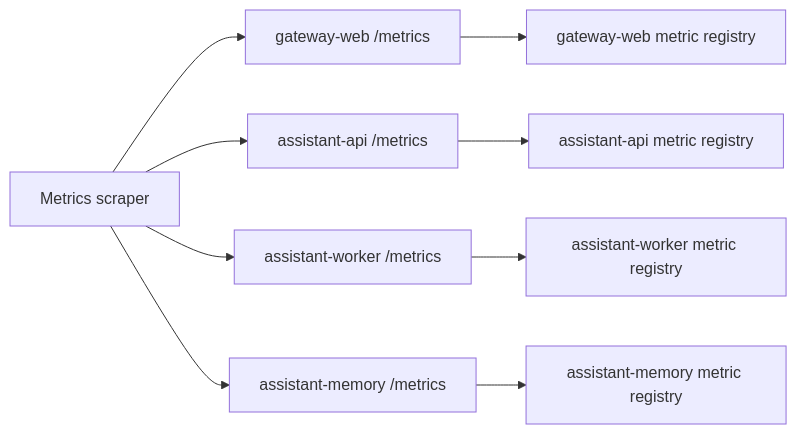
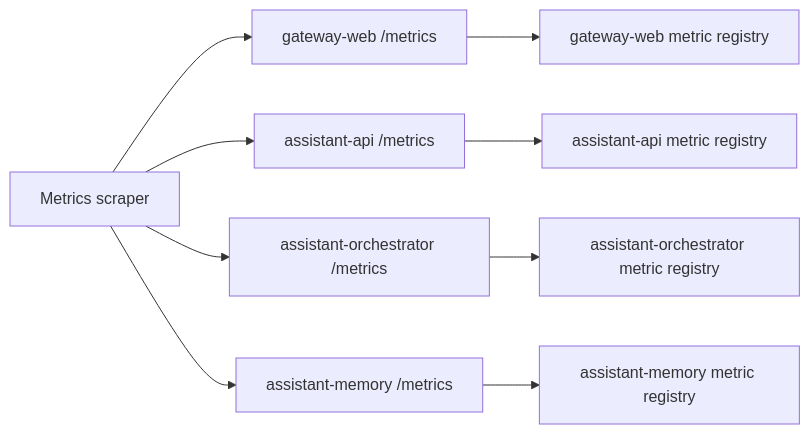
Before and after one commit to vinitu/my-concierge: the diagram in docs/operations/metrics.md, drawn with Mermaid. The commit also changed other lines of this file and 195 other files, not shown here.

First line of the commit message:
refactor: update application modules and remove assistant-worker

````diff
--- a/docs/operations/metrics.md
+++ b/docs/operations/metrics.md
@@ -12,12 +12,12 @@
 ```mermaid
 flowchart LR
     Prom["Metrics scraper"] --> GW["gateway-web /metrics"]
     Prom --> API["assistant-api /metrics"]
-    Prom --> Worker["assistant-worker /metrics"]
+    Prom --> Worker["assistant-orchestrator /metrics"]
     Prom --> Memory["assistant-memory /metrics"]
 
     GW --> GWReg["gateway-web metric registry"]
     API --> APIReg["assistant-api metric registry"]
-    Worker --> WorkerReg["assistant-worker metric registry"]
+    Worker --> WorkerReg["assistant-orchestrator metric registry"]
     Memory --> MemoryReg["assistant-memory metric registry"]
 ```
````
